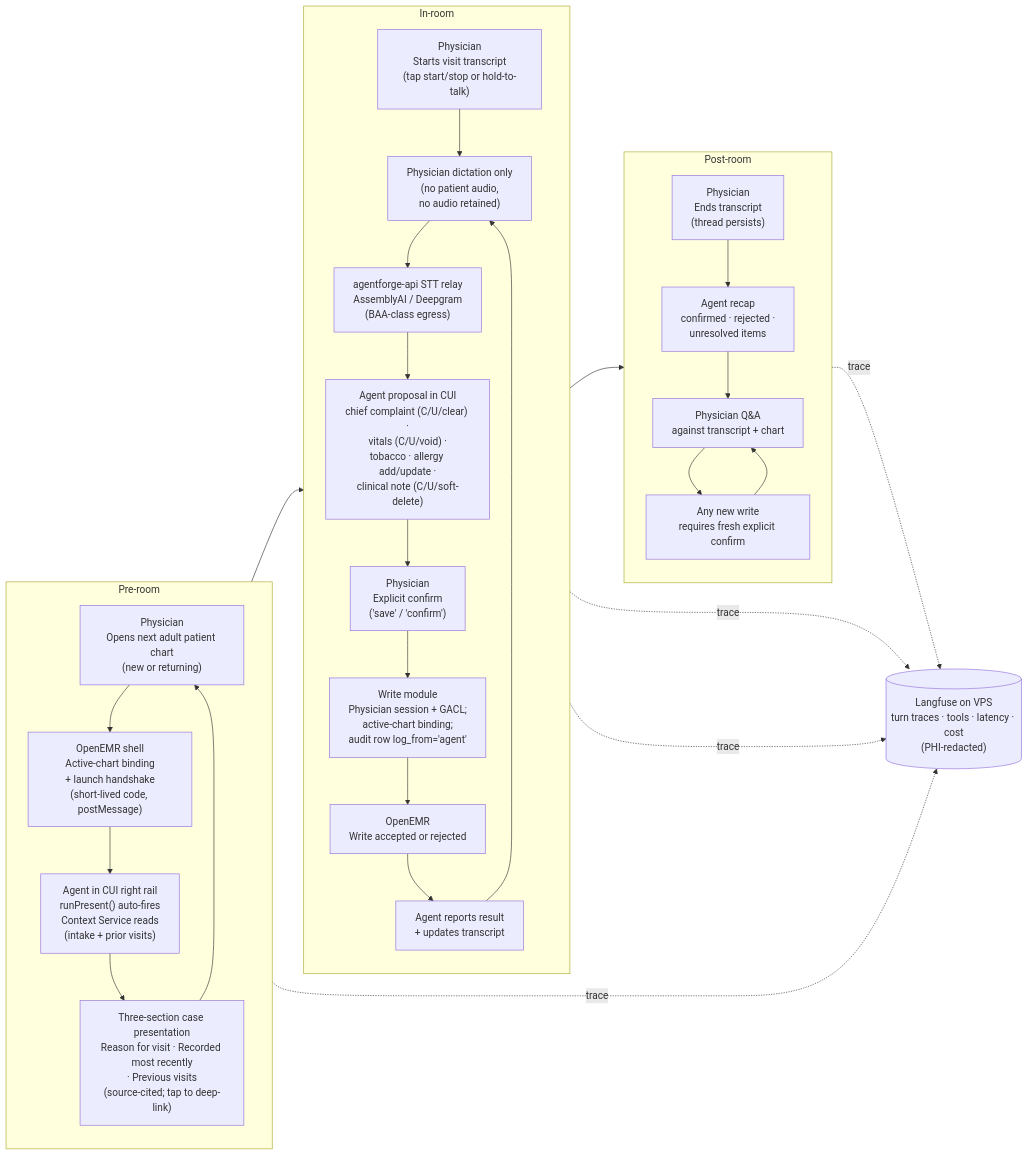
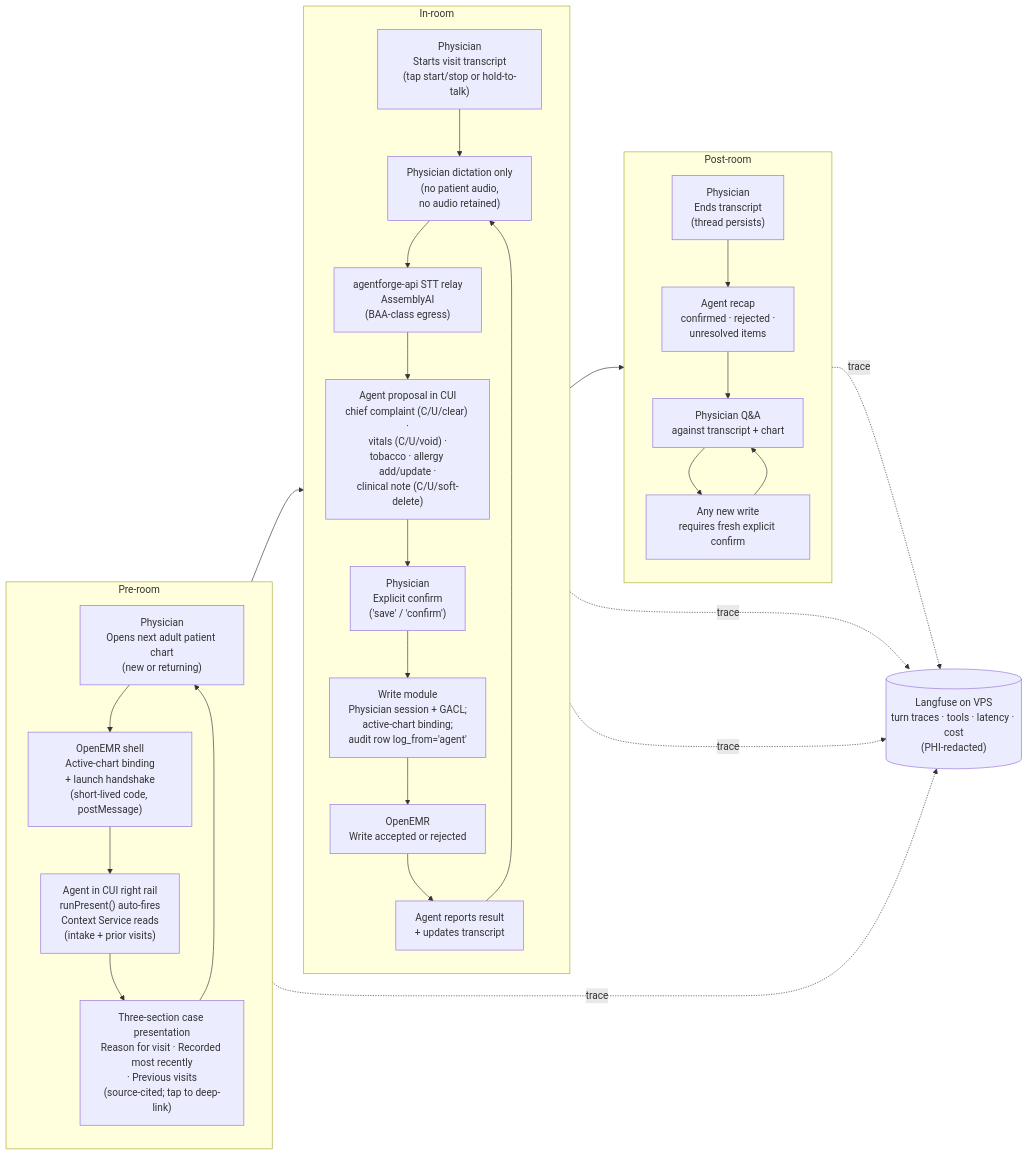
The diagram in USERS.md (jdijols/openEMR), drawn with Mermaid before and after one commit. The commit also changed 11 other files, not shown here.

````diff
--- a/USERS.md
+++ b/USERS.md
@@ -80,41 +80,41 @@
 ```mermaid
 flowchart LR
     subgraph Pre["Pre-room"]
         direction TB
         PreP["Physician<br/>Opens next adult patient chart<br/>(new or returning)"]
         PreOE["OpenEMR shell<br/>Active-chart binding<br/>+ launch handshake<br/>(short-lived code, postMessage)"]
         PreA["Agent in CUI right rail<br/>runPresent() auto-fires<br/>Context Service reads<br/>(intake + prior visits)"]
         PreBrief["Three-section case presentation<br/>Reason for visit · Recorded most recently<br/>· Previous visits<br/>(source-cited; tap to deep-link)"]
         PreP --> PreOE --> PreA --> PreBrief --> PreP
     end
 
     subgraph InR["In-room"]
         direction TB
         InStart["Physician<br/>Starts visit transcript<br/>(tap start/stop or hold-to-talk)"]
         InDict["Physician dictation only<br/>(no patient audio,<br/>no audio retained)"]
-        InSTT["agentforge-api STT relay<br/>AssemblyAI / Deepgram<br/>(BAA-class egress)"]
+        InSTT["agentforge-api STT relay<br/>AssemblyAI<br/>(BAA-class egress)"]
         InProp["Agent proposal in CUI<br/>chief complaint (C/U/clear) ·<br/>vitals (C/U/void) ·<br/>tobacco · allergy add/update ·<br/>clinical note (C/U/soft-delete)"]
         InConf["Physician<br/>Explicit confirm<br/>('save' / 'confirm')"]
         InWrite["Write module<br/>Physician session + GACL;<br/>active-chart binding;<br/>audit row log_from='agent'"]
         InOE["OpenEMR<br/>Write accepted or rejected"]
         InResult["Agent reports result<br/>+ updates transcript"]
         InStart --> InDict --> InSTT --> InProp --> InConf --> InWrite --> InOE --> InResult --> InDict
     end
 
     subgraph Post["Post-room"]
         direction TB
         PostEnd["Physician<br/>Ends transcript<br/>(thread persists)"]
         PostRecap["Agent recap<br/>confirmed · rejected ·<br/>unresolved items"]
         PostQA["Physician Q&A<br/>against transcript + chart"]
         PostGate["Any new write<br/>requires fresh explicit confirm"]
         PostEnd --> PostRecap --> PostQA --> PostGate --> PostQA
     end
 
     Pre --> InR --> Post
 
     LF[("Langfuse on VPS<br/>turn traces · tools · latency · cost<br/>(PHI-redacted)")]
     PreA -.->|"trace"| LF
     InProp -.->|"trace"| LF
     InWrite -.->|"trace"| LF
     PostRecap -.->|"trace"| LF
 ```
````
